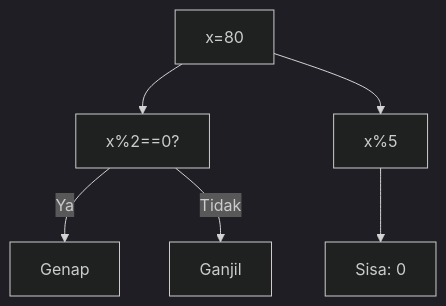
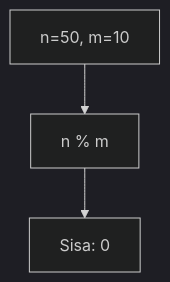
Before and after one commit to amnahwaida/OSNK_INF_PREP: diagram 13 of 25 in part-c-pemahaman-cpp/01-tipe-data/latihan/set-01.md, drawn with Mermaid (dark theme). The commit also changed other lines of this file and 71 other files, not shown here.

````diff
--- a/part-c-pemahaman-cpp/01-tipe-data/latihan/set-01.md
+++ b/part-c-pemahaman-cpp/01-tipe-data/latihan/set-01.md
@@ -427,8 +348,5 @@
 ```mermaid
 graph TD
-A["x=80"] --> B["x%2==0?"]
-B -- Ya --> C["Genap"]
-B -- Tidak --> D["Ganjil"]
-A --> E["x%5"]
-E --> F["Sisa: 0"]
+A["n=50, m=10"] --> B["n % m"]
+B --> C["Sisa: 0"]
 ```
````
